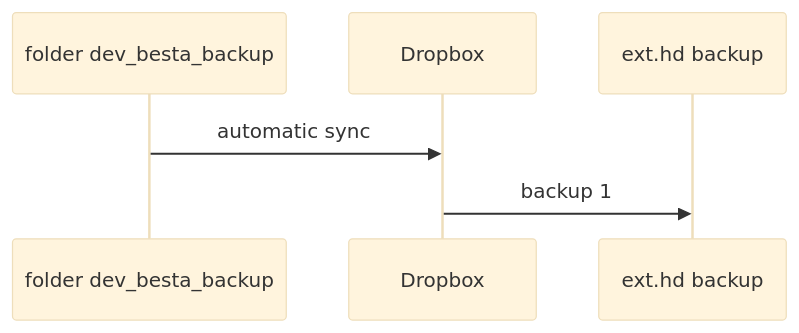
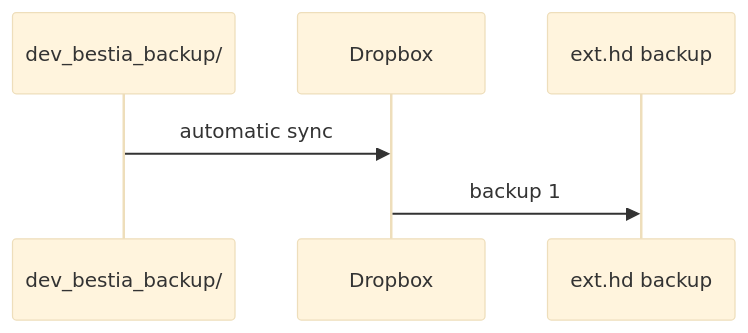
One commit to CRUSTDE-ContainerizedRustDevEnv/windows_reinstall changed the third of 3 diagrams in README.md. Above: the diagram before and after it, drawn with Mermaid (base theme). The commit also changed other lines of this file, not shown here.

````diff
--- a/README.md
+++ b/README.md
@@ -44,8 +44,8 @@
 ```mermaid
 sequenceDiagram
-    participant folder dev_besta_backup
+    participant dev_bestia_backup/
     participant Dropbox
     participant ext.hd backup
-    folder dev_besta_backup->>Dropbox: automatic sync
+    dev_bestia_backup/->>Dropbox: automatic sync
     Dropbox->>ext.hd backup: backup 1    
 ```
````
